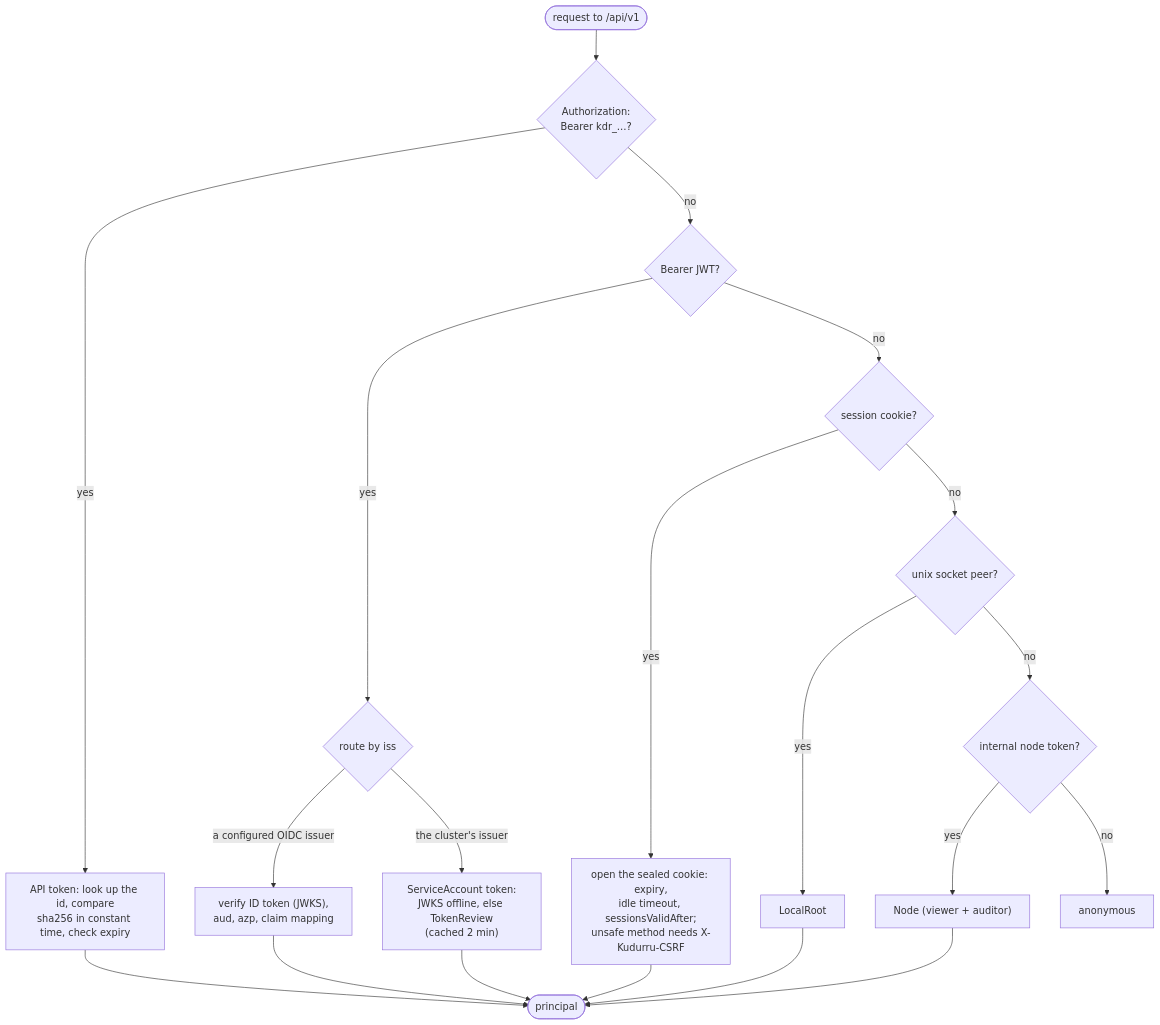
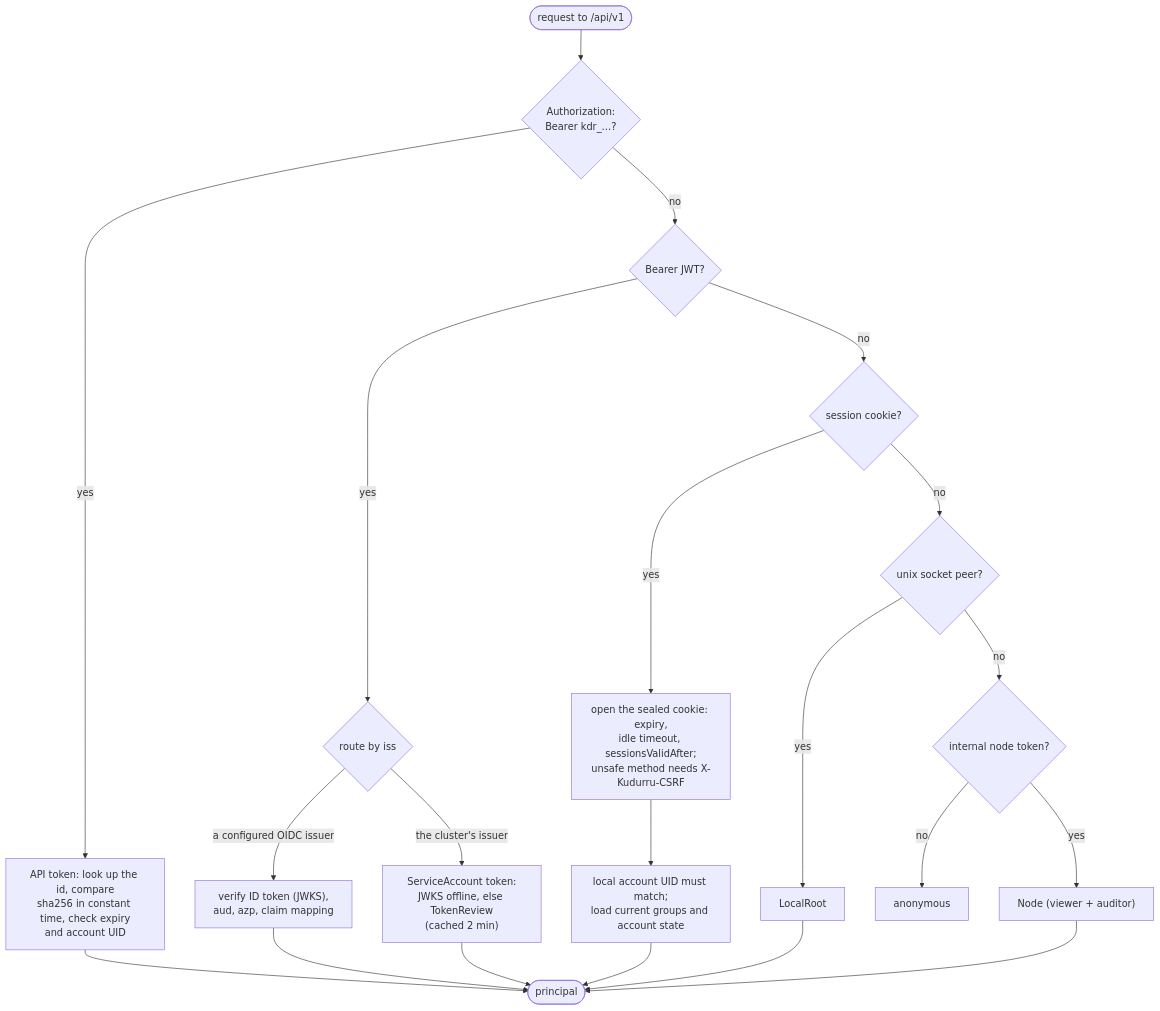
Before and after one commit to robertherbaugh/kudurru: the second of 5 diagrams in docs/architecture/access.md, drawn with Mermaid. The commit also changed other lines of this file and 15 other files, not shown here.

````diff
--- a/docs/architecture/access.md
+++ b/docs/architecture/access.md
@@ -47,22 +47,23 @@
 ```mermaid
 flowchart TD
     R(["request to /api/v1"]) --> B{"Authorization:<br/>Bearer kdr_…?"}
-    B -- "yes" --> TOK["API token: look up the id, compare<br/>sha256 in constant time, check expiry"]
+    B -- "yes" --> TOK["API token: look up the id, compare<br/>sha256 in constant time, check expiry<br/>and account UID"]
     B -- "no" --> J{"Bearer JWT?"}
     J -- "yes" --> ISS{"route by iss"}
     ISS -- "a configured OIDC issuer" --> OIDC["verify ID token (JWKS),<br/>aud, azp, claim mapping"]
     ISS -- "the cluster's issuer" --> K8S["ServiceAccount token:<br/>JWKS offline, else TokenReview<br/>(cached 2 min)"]
     J -- "no" --> CK{"session cookie?"}
     CK -- "yes" --> SES["open the sealed cookie: expiry,<br/>idle timeout, sessionsValidAfter;<br/>unsafe method needs X-Kudurru-CSRF"]
     CK -- "no" --> UX{"unix socket peer?"}
     UX -- "yes" --> ROOT["LocalRoot"]
     UX -- "no" --> NT{"internal node token?"}
     NT -- "yes" --> NODE["Node (viewer + auditor)"]
     NT -- "no" --> ANON["anonymous"]
     TOK --> P(["principal"])
     OIDC --> P
     K8S --> P
-    SES --> P
+    SES --> UID["local account UID must match;<br/>load current groups and account state"]
+    UID --> P
     ROOT --> P
     NODE --> P
 ```
````
